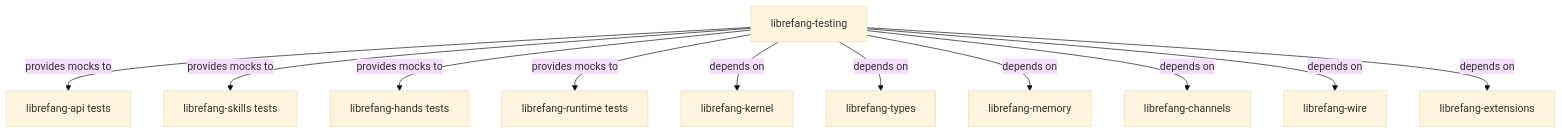
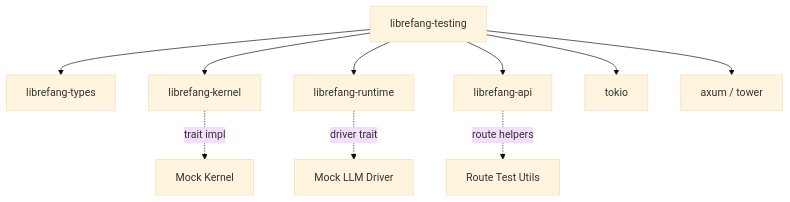
Before and after one commit to leszek3737/librefang-WIki: the diagram in other-librefang-testing.md, drawn with Mermaid (base theme). The commit also changed other lines of this file and 100 other files, not shown here.

````diff
--- a/other-librefang-testing.md
+++ b/other-librefang-testing.md
@@ -19,14 +17,13 @@
 ```mermaid
 graph TD
-    T[librefang-testing]
-    T -->|provides mocks to| API[librefang-api tests]
-    T -->|provides mocks to| SK[librefang-skills tests]
-    T -->|provides mocks to| HD[librefang-hands tests]
-    T -->|provides mocks to| RT[librefang-runtime tests]
-    T -->|depends on| KT[librefang-kernel]
-    T -->|depends on| TY[librefang-types]
-    T -->|depends on| MEM[librefang-memory]
-    T -->|depends on| CH[librefang-channels]
-    T -->|depends on| WR[librefang-wire]
-    T -->|depends on| EX[librefang-extensions]
+    TT[librefang-testing] --> LT[librefang-types]
+    TT --> LK[librefang-kernel]
+    TT --> LR[librefang-runtime]
+    TT --> LA[librefang-api]
+    TT --> TOK[tokio]
+    TT --> AXUM[axum / tower]
+    
+    LK -.->|trait impl| MK[Mock Kernel]
+    LA -.->|route helpers| RT[Route Test Utils]
+    LR -.->|driver trait| MD[Mock LLM Driver]
 ```
````
